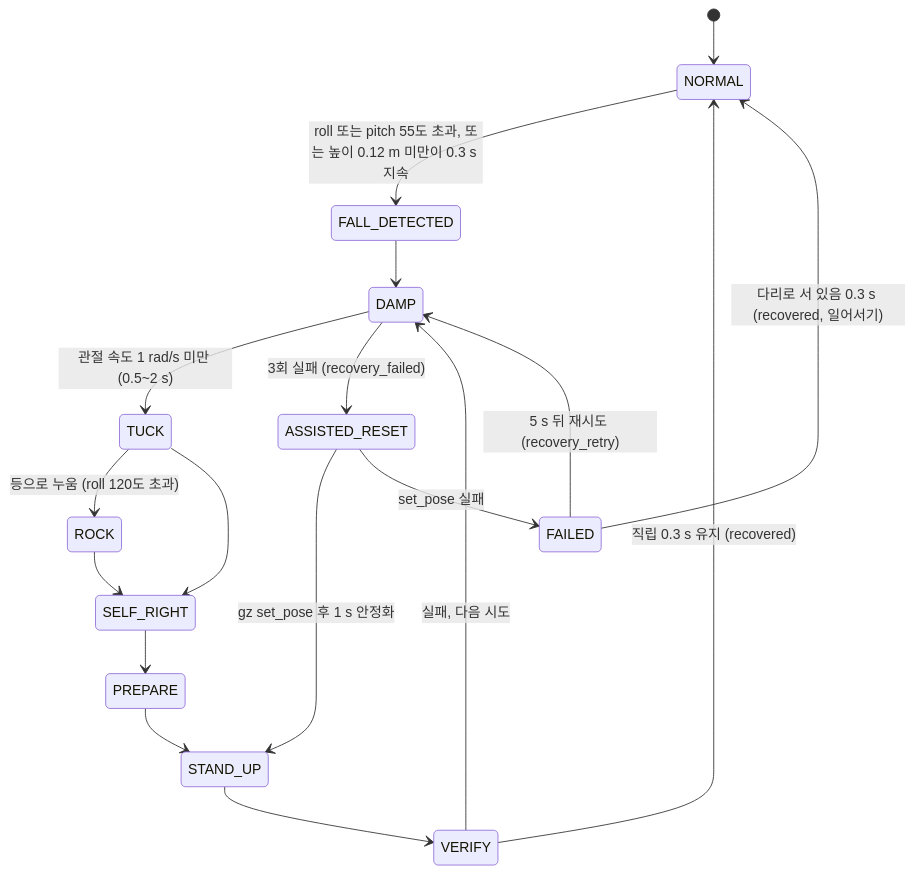
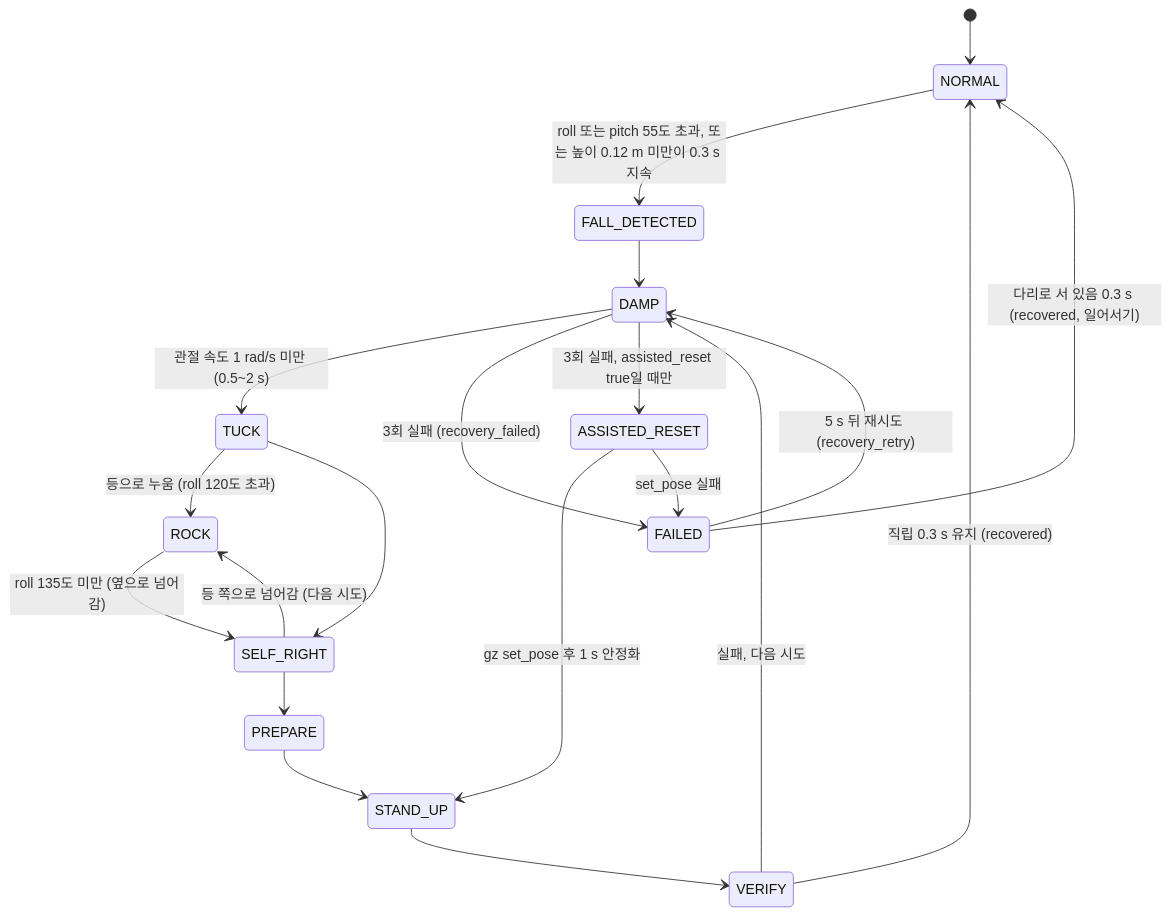
One commit to YUGyuSang/DusanAI changed the seventh of 17 diagrams in docs/REPORT.md. Above: the diagram before and after it, drawn with Mermaid. The commit also changed other lines of this file and 14 other files, not shown here.

````diff
--- a/docs/REPORT.md
+++ b/docs/REPORT.md
@@ -646,20 +646,22 @@
 ```mermaid
 stateDiagram-v2
   [*] --> NORMAL
   NORMAL --> FALL_DETECTED : roll 또는 pitch 55도 초과, 또는 높이 0.12 m 미만이 0.3 s 지속
   FALL_DETECTED --> DAMP
   DAMP --> TUCK : 관절 속도 1 rad/s 미만 (0.5~2 s)
   TUCK --> ROCK : 등으로 누움 (roll 120도 초과)
   TUCK --> SELF_RIGHT
-  ROCK --> SELF_RIGHT
+  ROCK --> SELF_RIGHT : roll 135도 미만 (옆으로 넘어감)
+  SELF_RIGHT --> ROCK : 등 쪽으로 넘어감 (다음 시도)
   SELF_RIGHT --> PREPARE
   PREPARE --> STAND_UP
   STAND_UP --> VERIFY
   VERIFY --> NORMAL : 직립 0.3 s 유지 (recovered)
   VERIFY --> DAMP : 실패, 다음 시도
-  DAMP --> ASSISTED_RESET : 3회 실패 (recovery_failed)
+  DAMP --> FAILED : 3회 실패 (recovery_failed)
+  DAMP --> ASSISTED_RESET : 3회 실패, assisted_reset true일 때만
   ASSISTED_RESET --> STAND_UP : gz set_pose 후 1 s 안정화
   ASSISTED_RESET --> FAILED : set_pose 실패
   FAILED --> NORMAL : 다리로 서 있음 0.3 s (recovered, 일어서기)
   FAILED --> DAMP : 5 s 뒤 재시도 (recovery_retry)
 ```
````
